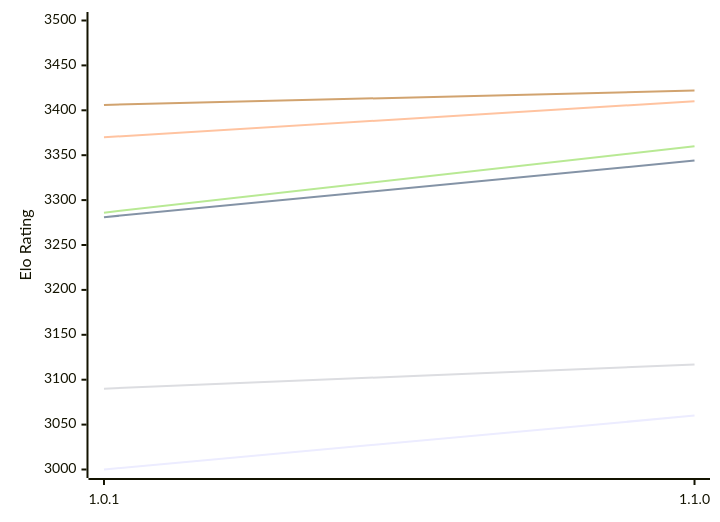
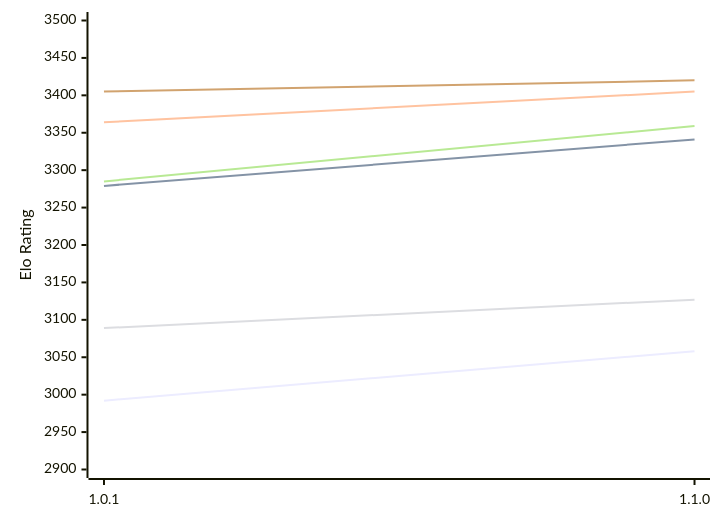
The first of 2 diagrams in engines/Ursus.md (computer-chess-index/cci), drawn with Mermaid before and after one commit. The commit also changed other lines of this file, not shown here.

Commit message:
Update CCI Ratings (ELO VLTC) - 2026-11-26

````diff
--- a/engines/Ursus.md
+++ b/engines/Ursus.md
@@ -51,12 +51,12 @@
 ```mermaid
 %%{init: {"theme":"base","themeVariables":{"seriesColors:['#a3a3a3','#222221','#faa371']}}}%%
 xychart-beta
   x-axis ["1.0.1", "1.1.0"]
-  y-axis "Elo Rating" 3000 --> 3500
-  line "E1: STC (8.0+0.08s)" [3000, 3060]
-  line "E1: LTC (60.0+0.60s)" [3281, 3344]
-  line "E1: VLTC (2m24s+1.12s)" [3370, 3410]
-  line "P1: STC (8.0+0.08s)" [3090, 3117]
-  line "P1: LTC (60.0+0.60s)" [3286, 3360]
-  line "P1: VLTC (2m24s+1.12s)" [3406, 3422]
+  y-axis "Elo Rating" 2900 --> 3500
+  line "E1: STC (8.0+0.08s)" [2992, 3058]
+  line "E1: LTC (60.0+0.60s)" [3279, 3341]
+  line "E1: VLTC (2m24s+1.12s)" [3364, 3405]
+  line "P1: STC (8.0+0.08s)" [3089, 3127]
+  line "P1: LTC (60.0+0.60s)" [3285, 3359]
+  line "P1: VLTC (2m24s+1.12s)" [3405, 3420]
 ```
````
